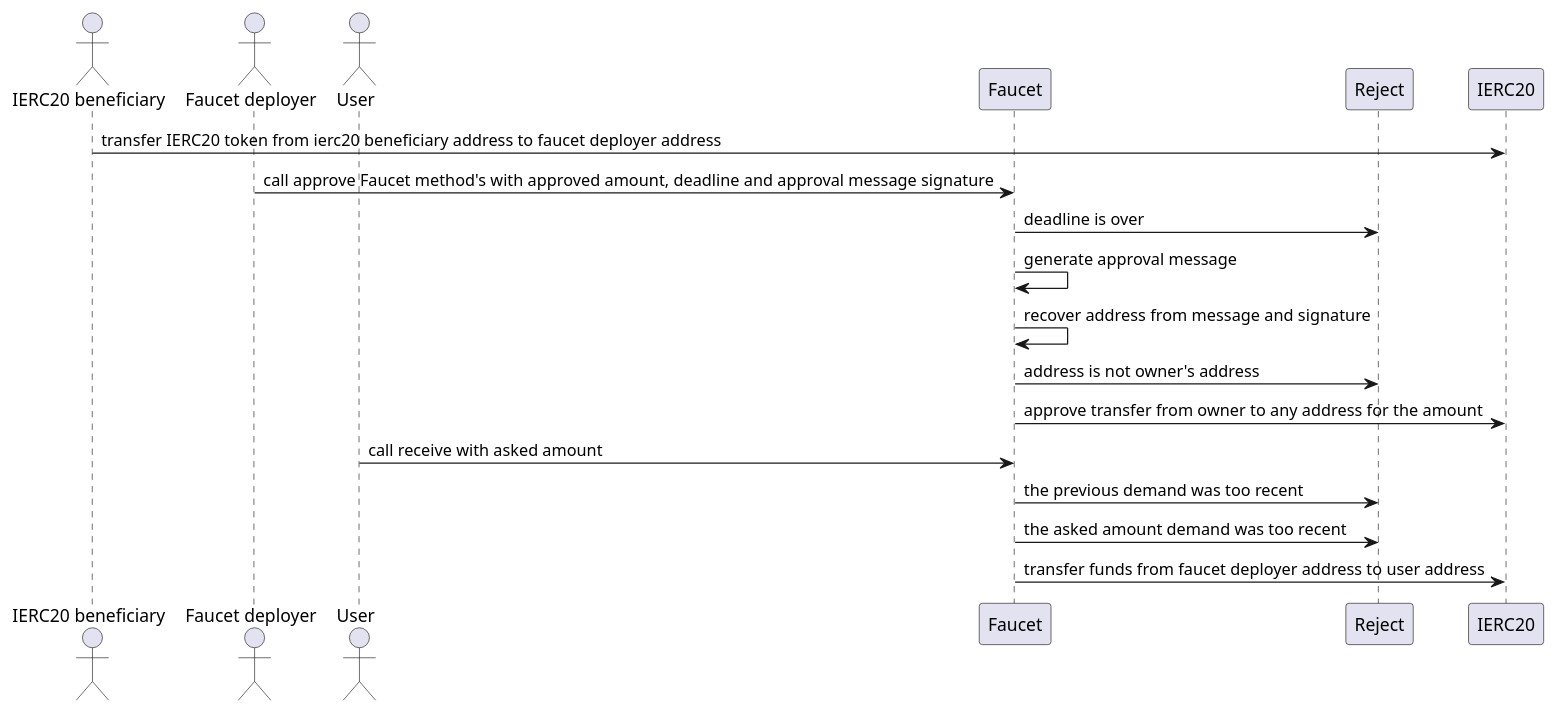
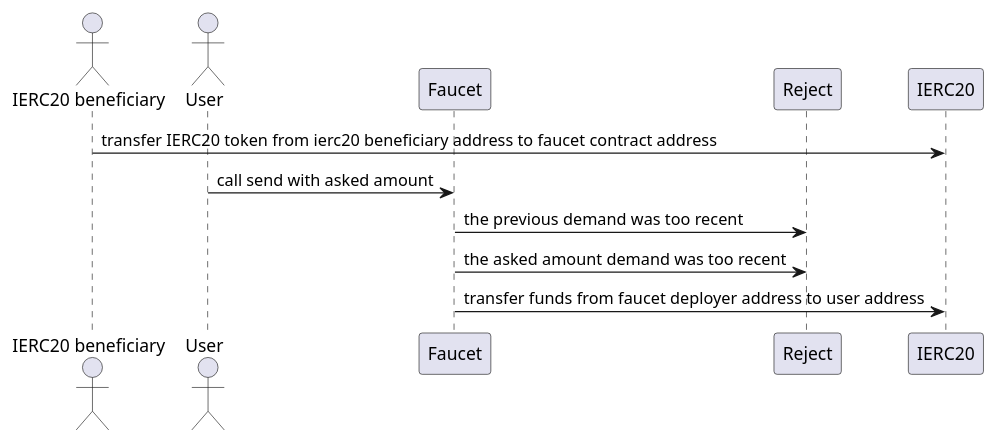
One commit to thesandboxgame/sandbox-smart-contracts changed the second of 2 diagrams in docs/topics/faucet/Faucet.md. Above: the diagram before and after it, drawn with PlantUML. The commit also changed other lines of this file and 4 other files, not shown here.

````diff
--- a/docs/topics/faucet/Faucet.md
+++ b/docs/topics/faucet/Faucet.md
@@ -143,22 +76,15 @@
 ```plantuml
 @startuml
   actor "IERC20 beneficiary"
-  actor "Faucet deployer"
   actor User
   participant Faucet
   participant Reject
   participant IERC20
 
-  "IERC20 beneficiary" -> "IERC20" : transfer IERC20 token from ierc20 beneficiary address to faucet deployer address
-  "Faucet deployer" -> "Faucet" : call approve Faucet method's with approved amount, deadline and approval message signature
-  "Faucet" -> "Reject" : deadline is over
-  "Faucet" -> "Faucet" : generate approval message
-  "Faucet" -> "Faucet" : recover address from message and signature
-  "Faucet" -> "Reject" : address is not owner's address
-  "Faucet" -> "IERC20" : approve transfer from owner to any address for the amount
-  "User" -> "Faucet" : call receive with asked amount
+  "IERC20 beneficiary" -> "IERC20" : transfer IERC20 token from ierc20 beneficiary address to faucet contract address
+  "User" -> "Faucet" : call send with asked amount
   "Faucet" -> "Reject" : the previous demand was too recent
   "Faucet" -> "Reject" : the asked amount demand was too recent
   "Faucet" -> "IERC20" : transfer funds from faucet deployer address to user address
 @enduml
 ```
````
